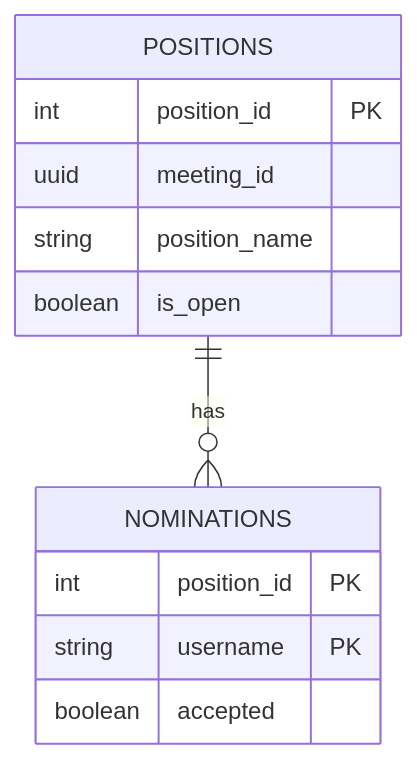
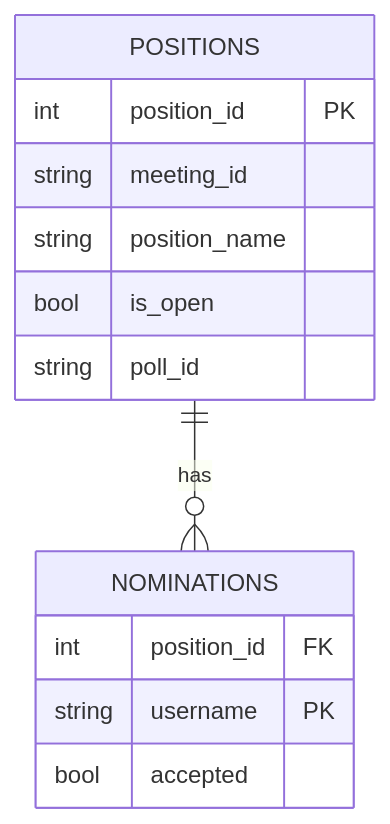
One commit to VotingM7011E/Report changed the sixth of 8 diagrams in README.md. Above: the diagram before and after it, drawn with Mermaid. The commit also changed other lines of this file, not shown here.

````diff
--- a/README.md
+++ b/README.md
@@ -188,17 +252,17 @@
 ```mermaid
 erDiagram
-  POSITIONS ||--o{ NOMINATIONS : has
+    POSITIONS ||--o{ NOMINATIONS : has
 
-  POSITIONS {
-    int position_id PK
-    uuid meeting_id
-    string position_name
-    boolean is_open
-  }
-
-  NOMINATIONS {
-    int position_id PK
-    string username PK
-    boolean accepted
-  }
+    POSITIONS {
+      int position_id PK
+      string meeting_id
+      string position_name
+      bool is_open
+      string poll_id
+    }
+    NOMINATIONS {
+      int position_id FK
+      string username PK
+      bool accepted
+    }
 ```
````
